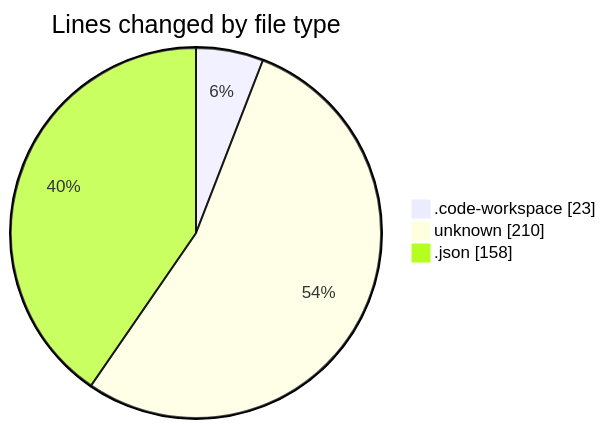
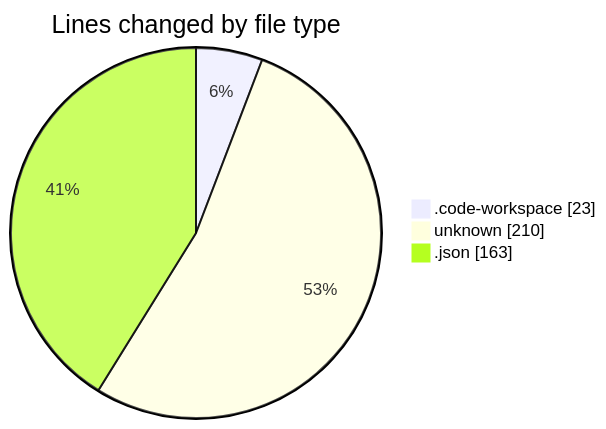
One commit to jadenblack/code-tracking changed the first of 2 diagrams in 2026-03-02/shadcn-admin-kit-main__workspace_/README.md. Above: the diagram before and after it, drawn with Mermaid. The commit also changed other lines of this file and 1 other file, not shown here.

````diff
--- a/2026-03-02/shadcn-admin-kit-main__workspace_/README.md
+++ b/2026-03-02/shadcn-admin-kit-main__workspace_/README.md
@@ -24,7 +24,7 @@
 ```mermaid
 pie showData
 title Lines changed by file type
 ".code-workspace" : 23
 "unknown" : 210
-".json" : 158
+".json" : 163
 ```
````
